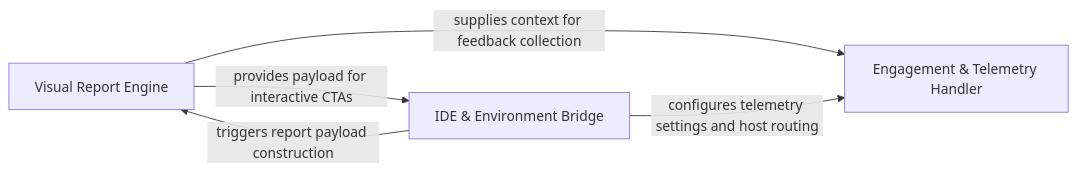
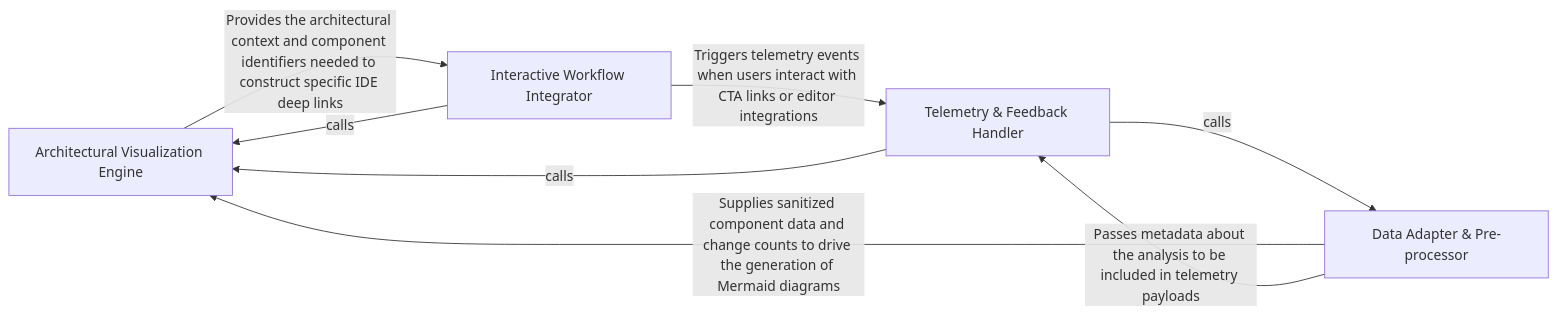
Before and after one commit to CodeBoarding/CodeBoarding-action: the diagram in .codeboarding/UX_Integration_Layer.md, drawn with Mermaid. The commit also changed other lines of this file and 8 other files, not shown here.

Commit message:
chore(codeboarding): sync architecture baseline

````diff
--- a/.codeboarding/UX_Integration_Layer.md
+++ b/.codeboarding/UX_Integration_Layer.md
@@ -1,10 +1,14 @@
 ```mermaid
 graph LR
-    Visual_Report_Engine["Visual Report Engine"]
-    IDE_Environment_Bridge["IDE & Environment Bridge"]
-    Engagement_Telemetry_Handler["Engagement & Telemetry Handler"]
-    Visual_Report_Engine -- "provides payload for interactive CTAs" --> IDE_Environment_Bridge
-    Visual_Report_Engine -- "supplies context for feedback collection" --> Engagement_Telemetry_Handler
-    IDE_Environment_Bridge -- "triggers report payload construction" --> Visual_Report_Engine
-    IDE_Environment_Bridge -- "configures telemetry settings and host routing" --> Engagement_Telemetry_Handler
+    Architectural_Visualization_Engine["Architectural Visualization Engine"]
+    Data_Adapter_Pre_processor["Data Adapter & Pre-processor"]
+    Interactive_Workflow_Integrator["Interactive Workflow Integrator"]
+    Telemetry_Feedback_Handler["Telemetry & Feedback Handler"]
+    Data_Adapter_Pre_processor -- "Supplies sanitized component data and change counts to drive the generation of Mermaid diagrams" --> Architectural_Visualization_Engine
+    Architectural_Visualization_Engine -- "Provides the architectural context and component identifiers needed to construct specific IDE deep links" --> Interactive_Workflow_Integrator
+    Interactive_Workflow_Integrator -- "Triggers telemetry events when users interact with CTA links or editor integrations" --> Telemetry_Feedback_Handler
+    Data_Adapter_Pre_processor -- "Passes metadata about the analysis to be included in telemetry payloads" --> Telemetry_Feedback_Handler
+    Interactive_Workflow_Integrator -- "calls" --> Architectural_Visualization_Engine
+    Telemetry_Feedback_Handler -- "calls" --> Architectural_Visualization_Engine
+    Telemetry_Feedback_Handler -- "calls" --> Data_Adapter_Pre_processor
 ```
````
